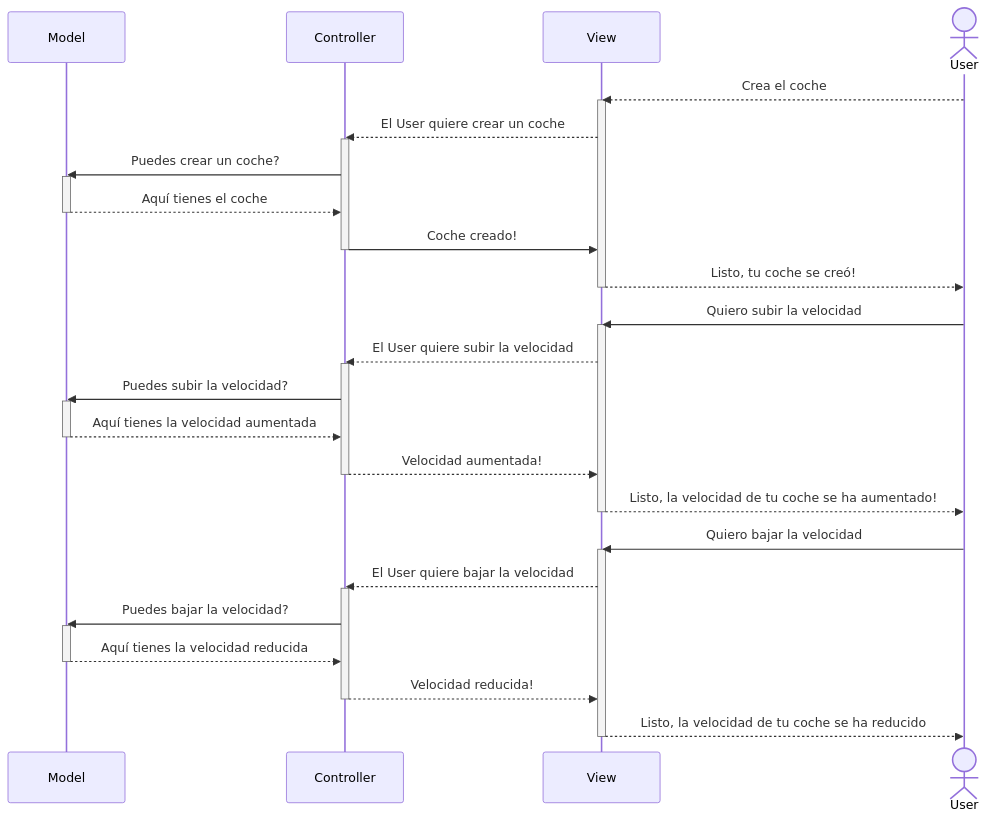
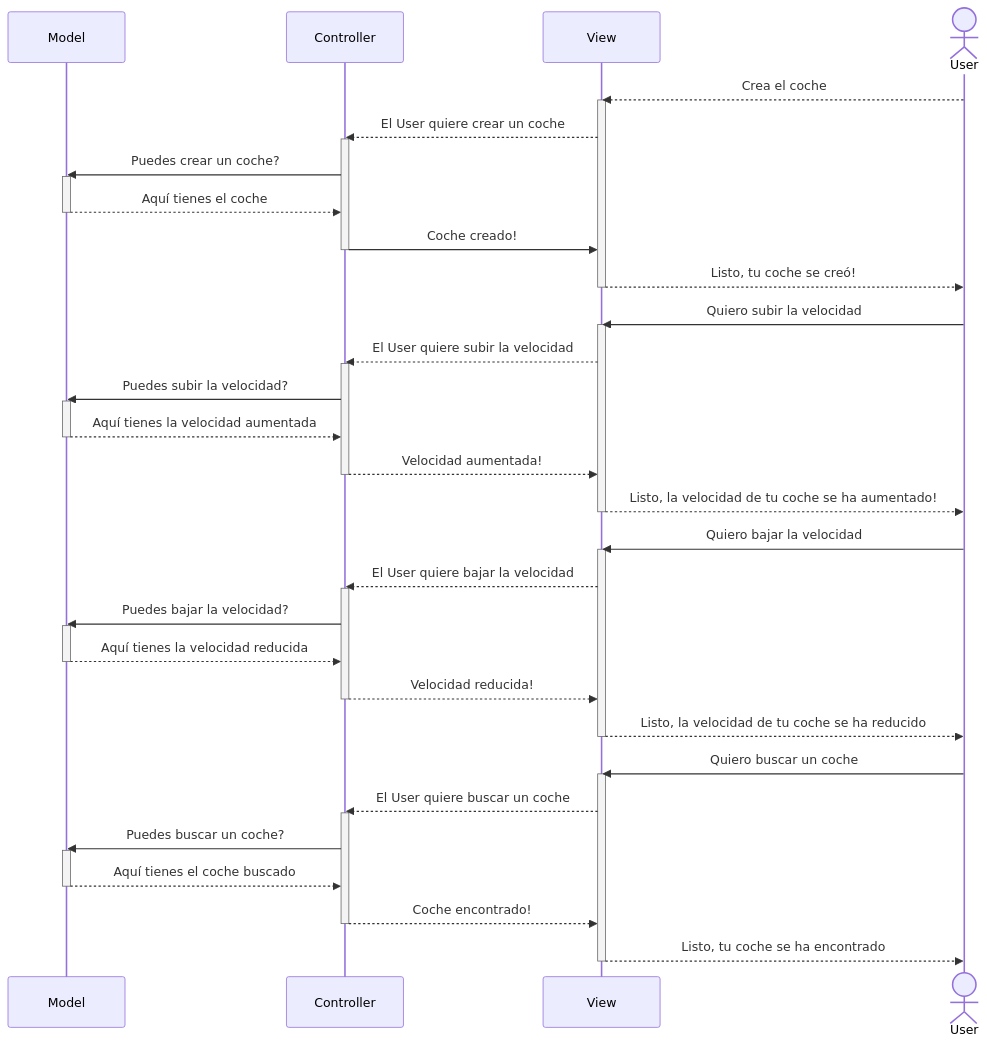
One commit to LuciaB16/MVC_coches changed the second of 3 diagrams in Readme.md. Above: the diagram before and after it, drawn with Mermaid. The commit also changed other lines of this file, not shown here.

Commit message:
Actualización diagramas del readme

````diff
--- a/Readme.md
+++ b/Readme.md
@@ -51,46 +52,59 @@
 ```mermaid
 sequenceDiagram
     participant Model
     participant Controller
     participant View
     actor User
     
     User-->>View: Crea el coche
     activate View
     View-->>Controller: El User quiere crear un coche
     activate Controller
     Controller->>Model: Puedes crear un coche?
     activate Model
     Model-->>Controller: Aquí tienes el coche
     deactivate Model
     Controller->>View: Coche creado!
     deactivate Controller
     View-->>User: Listo, tu coche se creó!
     deactivate View
     
     User->>View: Quiero subir la velocidad
     activate View
     View-->>Controller: El User quiere subir la velocidad
     activate Controller
     Controller->>Model: Puedes subir la velocidad?
     activate Model
     Model-->>Controller: Aquí tienes la velocidad aumentada
     deactivate Model
     Controller-->>View: Velocidad aumentada!
     deactivate Controller
     View-->>User: Listo, la velocidad de tu coche se ha aumentado!
     deactivate View
     
     User->>View: Quiero bajar la velocidad
     activate View
     View-->>Controller: El User quiere bajar la velocidad
     activate Controller
     Controller->>Model: Puedes bajar la velocidad?
     activate Model
     Model-->>Controller: Aquí tienes la velocidad reducida
     deactivate Model
     Controller-->>View: Velocidad reducida!
     deactivate Controller
     View-->>User: Listo, la velocidad de tu coche se ha reducido
     deactivate View
+    
+    User->>View: Quiero buscar un coche
+    activate View
+    View-->>Controller: El User quiere buscar un coche
+    activate Controller
+    Controller->>Model: Puedes buscar un coche?
+    activate Model
+    Model-->>Controller: Aquí tienes el coche buscado
+    deactivate Model
+    Controller-->>View: Coche encontrado!
+    deactivate Controller
+    View-->>User: Listo, tu coche se ha encontrado
+    deactivate View
 ```
````
